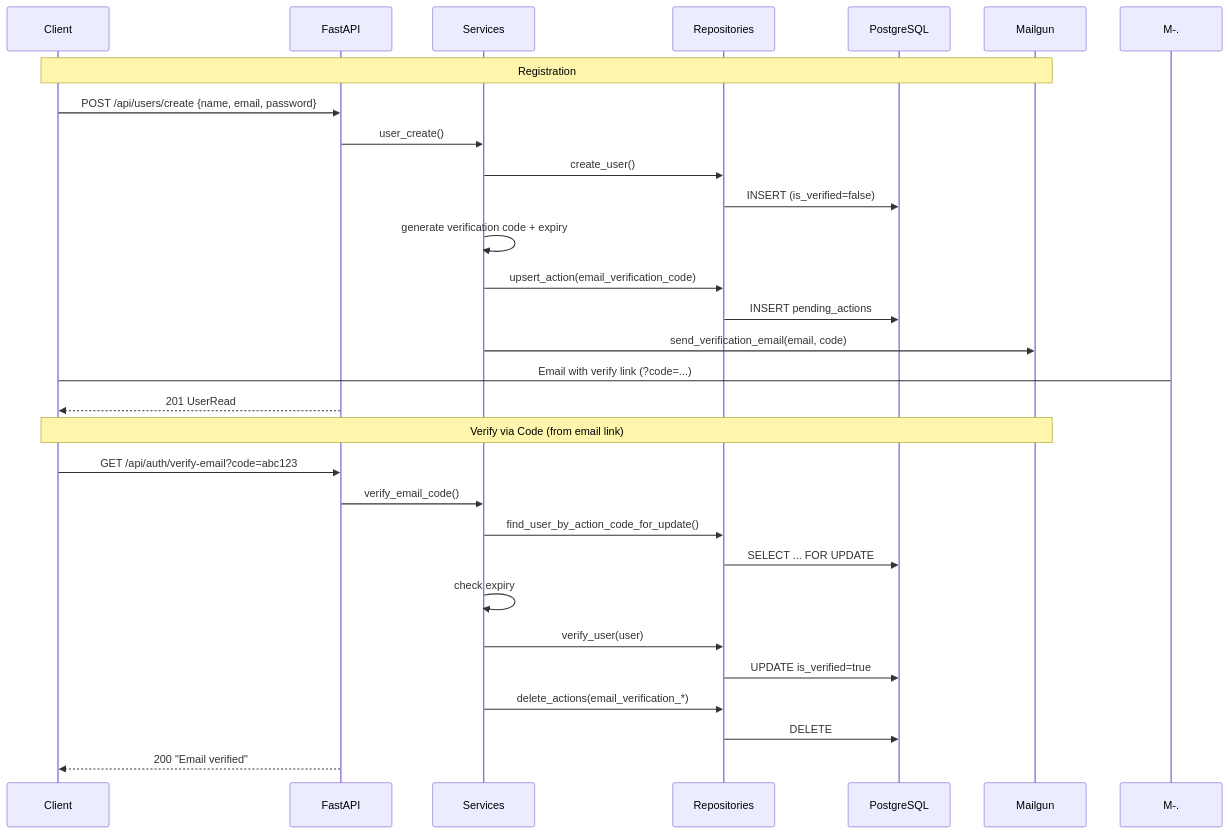
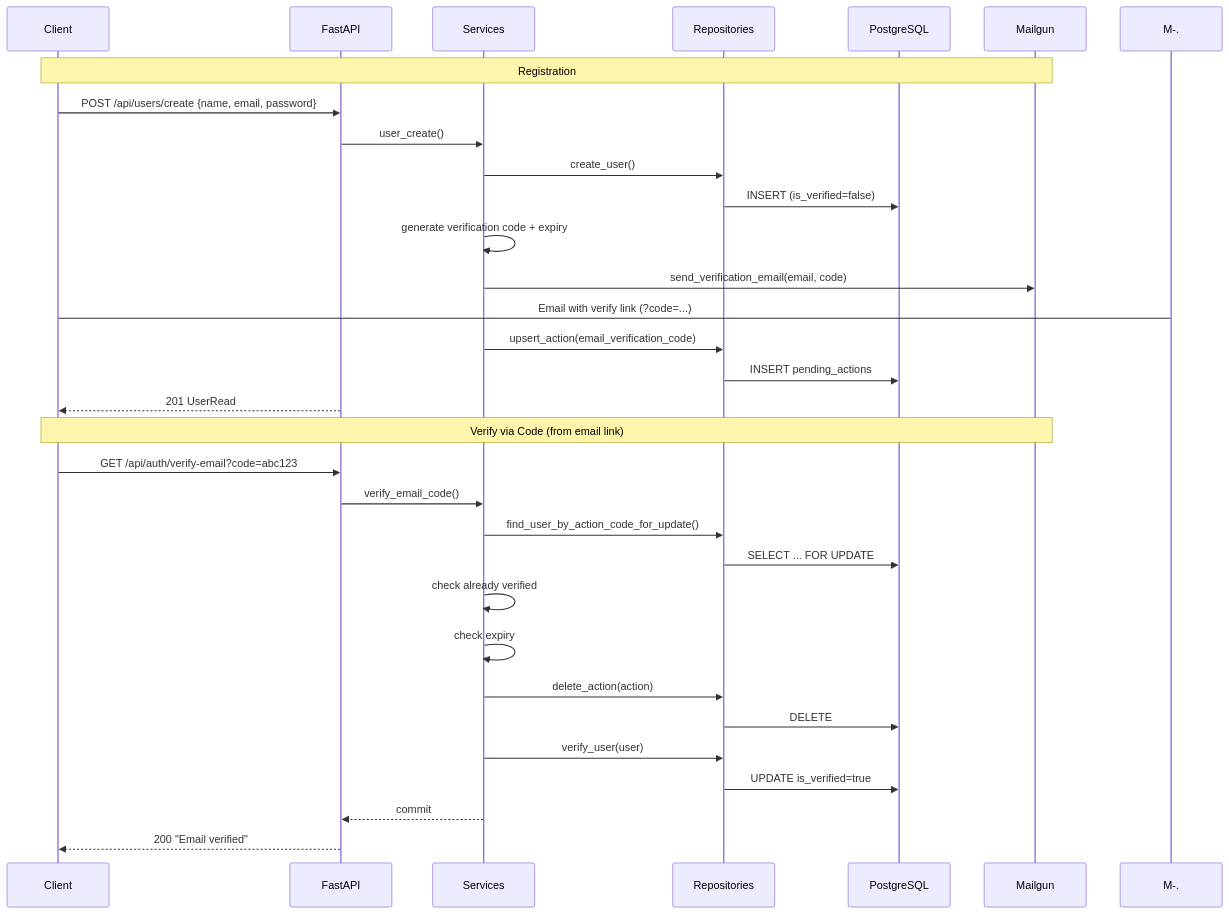
One commit to waelswaid/auth-system changed the sixth of 7 diagrams in docs/architecture-diagrams.md. Above: the diagram before and after it, drawn with Mermaid. The commit also changed other lines of this file, not shown here.

Commit message:
diagrams corrected

````diff
--- a/docs/architecture-diagrams.md
+++ b/docs/architecture-diagrams.md
@@ -269,33 +278,35 @@
 ```mermaid
 sequenceDiagram
     participant C as Client
     participant A as FastAPI
     participant S as Services
     participant R as Repositories
     participant DB as PostgreSQL
     participant M as Mailgun
 
     Note over C,M: Registration
     C->>A: POST /api/users/create {name, email, password}
     A->>S: user_create()
     S->>R: create_user()
     R->>DB: INSERT (is_verified=false)
     S->>S: generate verification code + expiry
+    S->>M: send_verification_email(email, code)
+    M-.->C: Email with verify link (?code=...)
     S->>R: upsert_action(email_verification_code)
     R->>DB: INSERT pending_actions
-    S->>M: send_verification_email(email, code)
-    M-.->C: Email with verify link (?code=...)
     A-->>C: 201 UserRead
 
     Note over C,M: Verify via Code (from email link)
     C->>A: GET /api/auth/verify-email?code=abc123
     A->>S: verify_email_code()
     S->>R: find_user_by_action_code_for_update()
     R->>DB: SELECT ... FOR UPDATE
+    S->>S: check already verified
     S->>S: check expiry
+    S->>R: delete_action(action)
+    R->>DB: DELETE
     S->>R: verify_user(user)
     R->>DB: UPDATE is_verified=true
-    S->>R: delete_actions(email_verification_*)
-    R->>DB: DELETE
+    S-->>A: commit
     A-->>C: 200 "Email verified"
 ```
````
